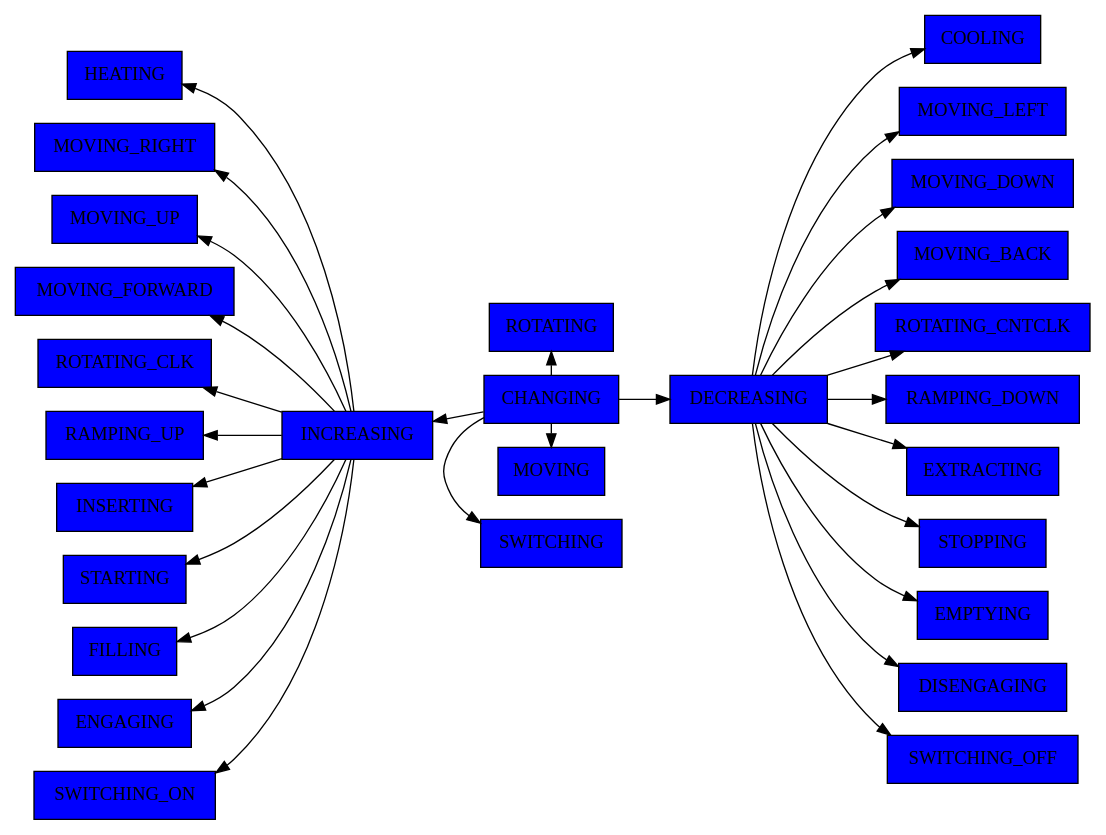
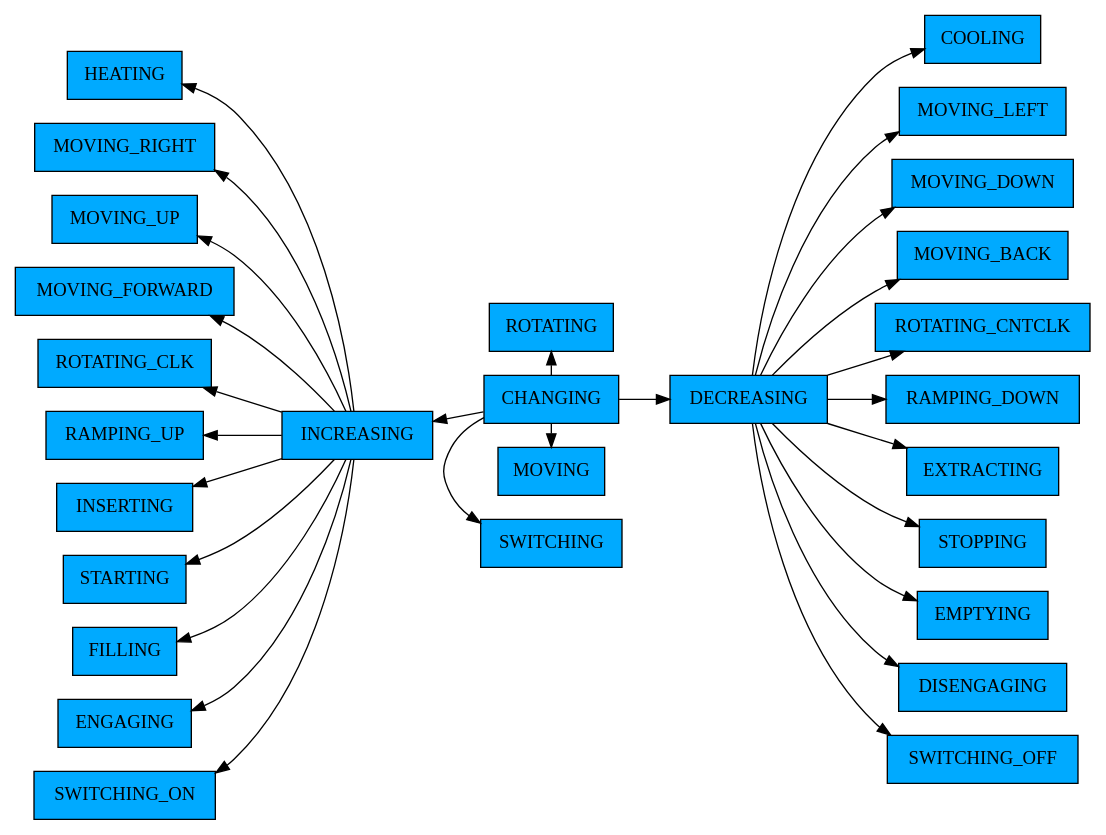
Diagram 17 of 18 in doc/concepts/states.rst (European-XFEL/Karabo), drawn with Graphviz before and after one commit. The commit also changed other lines of this file, not shown here.

```diff
--- a/doc/concepts/states.rst
+++ b/doc/concepts/states.rst
@@ -574,11 +615,11 @@
 
         rank="same";
         style = invis;
-        "ROTATING"[shape = box style=filled, fillcolor=blue]
-        "CHANGING"[shape = box style=filled, fillcolor=blue]
-        "MOVING"[shape = box style=filled, fillcolor=blue]
+        "ROTATING"[shape = box style=filled, fillcolor="#00AAFF"]
+        "CHANGING"[shape = box style=filled, fillcolor="#00AAFF"]
+        "MOVING"[shape = box style=filled, fillcolor="#00AAFF"]
 
-        "SWITCHING"[shape = box style=filled, fillcolor=blue]
+        "SWITCHING"[shape = box style=filled, fillcolor="#00AAFF"]
 
         "ROTATING" -> "CHANGING"[constraint=false, dir=back]
         "CHANGING" -> "MOVING" [constraint=false]
@@ -591,42 +632,42 @@
     "INCREASING" -> "ROTATING" [style="invisible",dir="none"];
     "INCREASING" -> "SWITCHING" [style="invisible",dir="none"];
 
-    "INCREASING"[shape = box style=filled, fillcolor=blue]
-    "DECREASING"[shape = box style=filled, fillcolor=blue]
+    "INCREASING"[shape = box style=filled, fillcolor="#00AAFF"]
+    "DECREASING"[shape = box style=filled, fillcolor="#00AAFF"]
 
-    "COOLING"[shape = box style=filled, fillcolor=blue]
-    "HEATING"[shape = box style=filled, fillcolor=blue]
+    "COOLING"[shape = box style=filled, fillcolor="#00AAFF"]
+    "HEATING"[shape = box style=filled, fillcolor="#00AAFF"]
 
 
-    "MOVING_LEFT"[shape = box style=filled, fillcolor=blue]
-    "MOVING_RIGHT"[shape = box style=filled, fillcolor=blue]
-    "MOVING_DOWN"[shape = box style=filled, fillcolor=blue]
-    "MOVING_UP"[shape = box style=filled, fillcolor=blue]
-    "MOVING_FORWARD"[shape = box style=filled, fillcolor=blue]
-    "MOVING_BACK"[shape = box style=filled, fillcolor=blue]
+    "MOVING_LEFT"[shape = box style=filled, fillcolor="#00AAFF"]
+    "MOVING_RIGHT"[shape = box style=filled, fillcolor="#00AAFF"]
+    "MOVING_DOWN"[shape = box style=filled, fillcolor="#00AAFF"]
+    "MOVING_UP"[shape = box style=filled, fillcolor="#00AAFF"]
+    "MOVING_FORWARD"[shape = box style=filled, fillcolor="#00AAFF"]
+    "MOVING_BACK"[shape = box style=filled, fillcolor="#00AAFF"]
 
 
-    "ROTATING_CLK"[shape = box style=filled, fillcolor=blue]
-    "ROTATING_CNTCLK"[shape = box style=filled, fillcolor=blue]
+    "ROTATING_CLK"[shape = box style=filled, fillcolor="#00AAFF"]
+    "ROTATING_CNTCLK"[shape = box style=filled, fillcolor="#00AAFF"]
 
-    "RAMPING_DOWN"[shape = box style=filled, fillcolor=blue]
-    "RAMPING_UP"[shape = box style=filled, fillcolor=blue]
+    "RAMPING_DOWN"[shape = box style=filled, fillcolor="#00AAFF"]
+    "RAMPING_UP"[shape = box style=filled, fillcolor="#00AAFF"]
 
-    "EXTRACTING"[shape = box style=filled, fillcolor=blue]
-    "INSERTING"[shape = box style=filled, fillcolor=blue]
+    "EXTRACTING"[shape = box style=filled, fillcolor="#00AAFF"]
+    "INSERTING"[shape = box style=filled, fillcolor="#00AAFF"]
 
-    "STOPPING"[shape = box style=filled, fillcolor=blue]
-    "STARTING"[shape = box style=filled, fillcolor=blue]
+    "STOPPING"[shape = box style=filled, fillcolor="#00AAFF"]
+    "STARTING"[shape = box style=filled, fillcolor="#00AAFF"]
 
-    "EMPTYING"[shape = box style=filled, fillcolor=blue]
-    "FILLING"[shape = box style=filled, fillcolor=blue]
+    "EMPTYING"[shape = box style=filled, fillcolor="#00AAFF"]
+    "FILLING"[shape = box style=filled, fillcolor="#00AAFF"]
 
-    "DISENGAGING"[shape = box style=filled, fillcolor=blue]
-    "ENGAGING"[shape = box style=filled, fillcolor=blue]
+    "DISENGAGING"[shape = box style=filled, fillcolor="#00AAFF"]
+    "ENGAGING"[shape = box style=filled, fillcolor="#00AAFF"]
 
 
-    "SWITCHING_OFF"[shape = box style=filled, fillcolor=blue]
-    "SWITCHING_ON"[shape = box style=filled, fillcolor=blue]
+    "SWITCHING_OFF"[shape = box style=filled, fillcolor="#00AAFF"]
+    "SWITCHING_ON"[shape = box style=filled, fillcolor="#00AAFF"]
 
     "HEATING"->"INCREASING" [dir=back]
     "MOVING_RIGHT"->"INCREASING" [dir=back]
```
